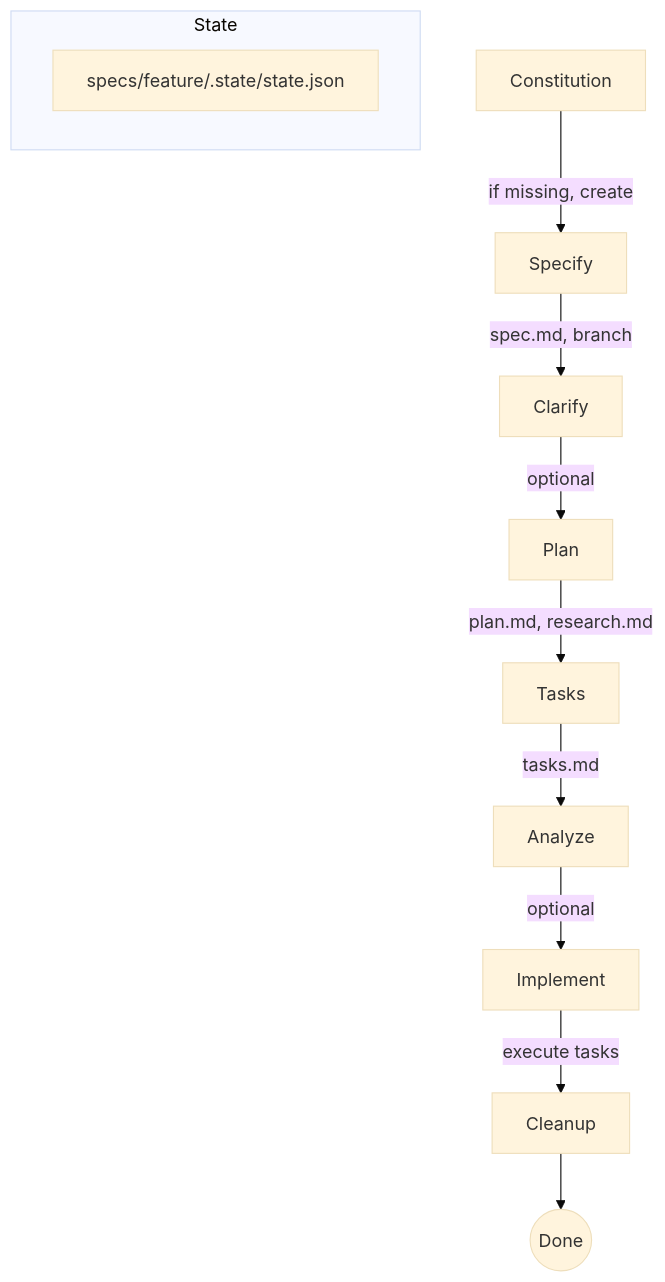
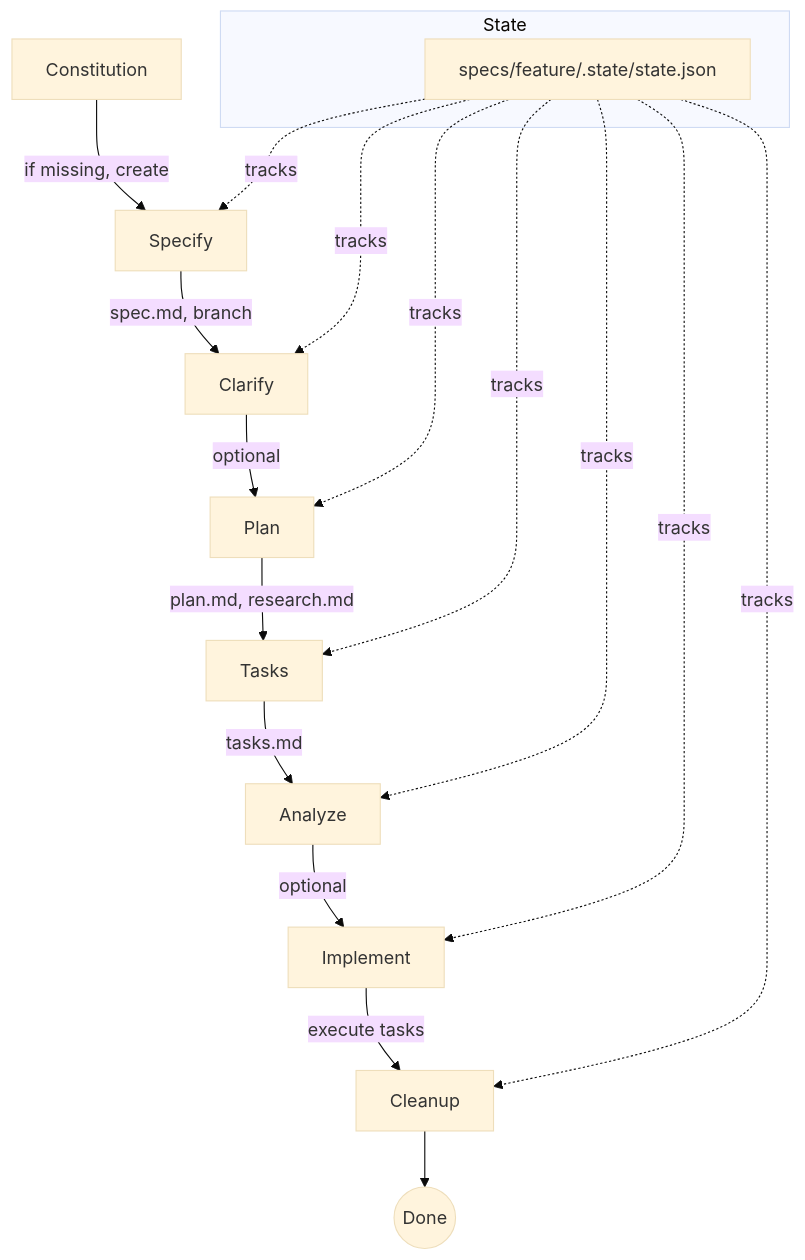
Before and after one commit to veerabhadra-ponna/spec-kit-smart: the diagram in scripts/python/speckit/assets/prompts/orchestrate.md, drawn with Mermaid (base theme). The commit also changed other lines of this file and 11 other files, not shown here.

````diff
--- a/scripts/python/speckit/assets/prompts/orchestrate.md
+++ b/scripts/python/speckit/assets/prompts/orchestrate.md
@@ -975,15 +961,17 @@
 ```mermaid
 flowchart TD
     A[Constitution] -->|if missing, create| B[Specify]
     B -->|spec.md, branch| C[Clarify]
     C -->|optional| D[Plan]
     D -->|plan.md, research.md| E[Tasks]
     E -->|tasks.md| F[Analyze]
     F -->|optional| G[Implement]
     G -->|execute tasks| H[Cleanup]
     H --> I((Done))
 
     subgraph State
         S[specs/feature/.state/state.json]
     end
+
+    S -.->|tracks| B & C & D & E & F & G & H
 ```
````
